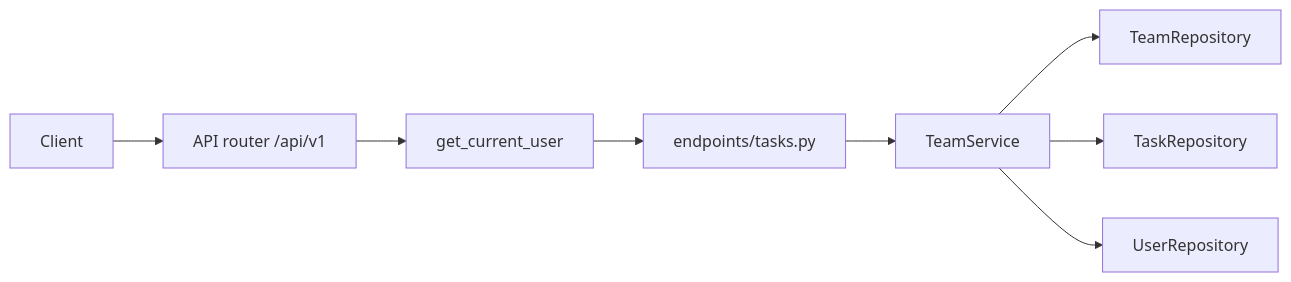
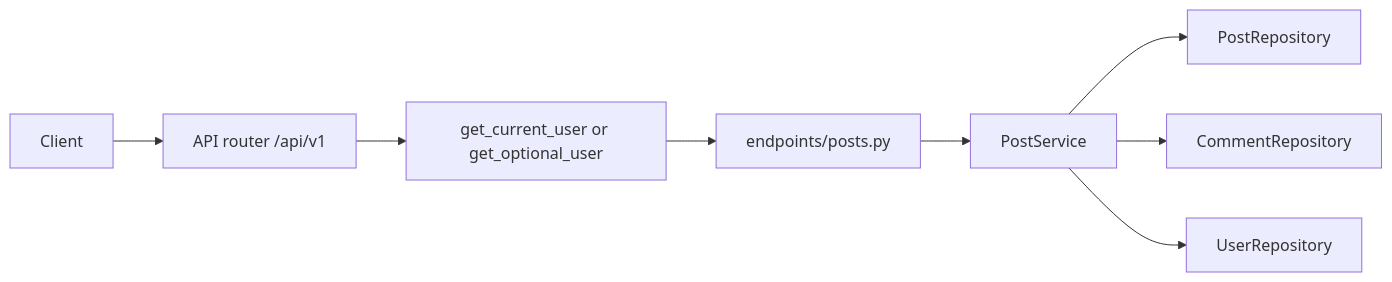
One commit to poluru-labs/fastapi-realworld-projects changed the first of 2 diagrams in intermediate/fastapi-blog/README.md. Above: the diagram before and after it, drawn with Mermaid. The commit also changed other lines of this file and 30 other files, not shown here.

````diff
--- a/intermediate/fastapi-blog/README.md
+++ b/intermediate/fastapi-blog/README.md
@@ -58,10 +53,10 @@
 ```mermaid
 flowchart LR
   Client --> Router["API router /api/v1"]
-  Router --> Deps["get_current_user"]
-  Deps --> Endpoint["endpoints/tasks.py"]
-  Endpoint --> Service["TeamService"]
-  Service --> Teams["TeamRepository"]
-  Service --> Tasks["TaskRepository"]
+  Router --> Deps["get_current_user or get_optional_user"]
+  Deps --> Endpoint["endpoints/posts.py"]
+  Endpoint --> Service["PostService"]
+  Service --> Posts["PostRepository"]
+  Service --> Comments["CommentRepository"]
   Service --> Users["UserRepository"]
 ```
````
